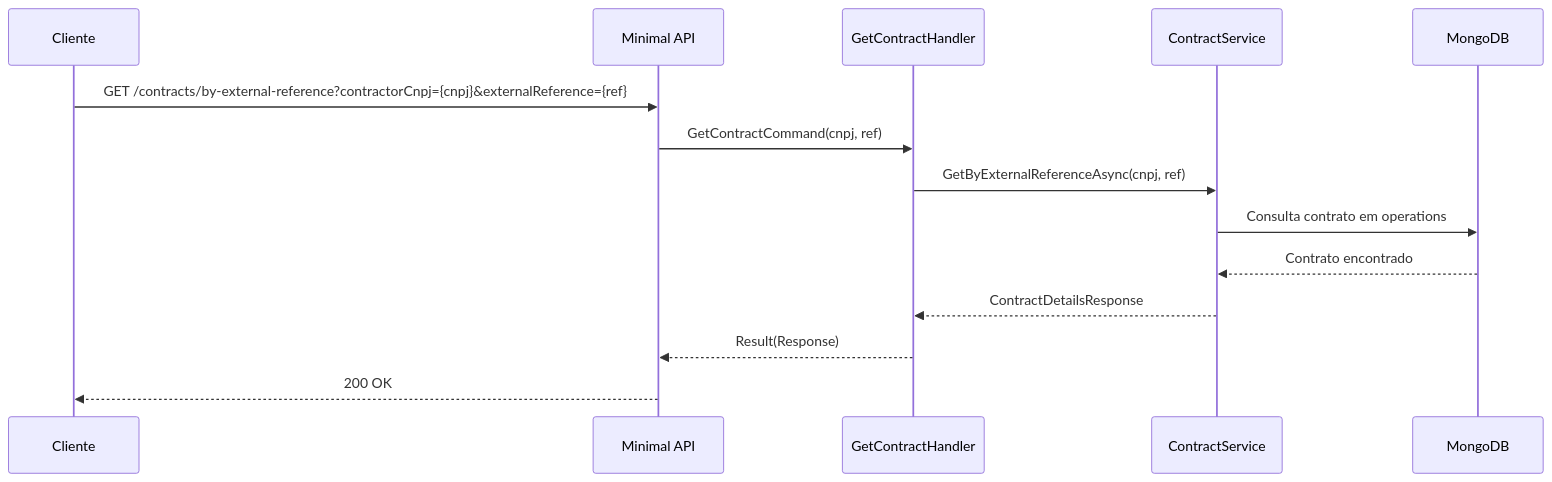
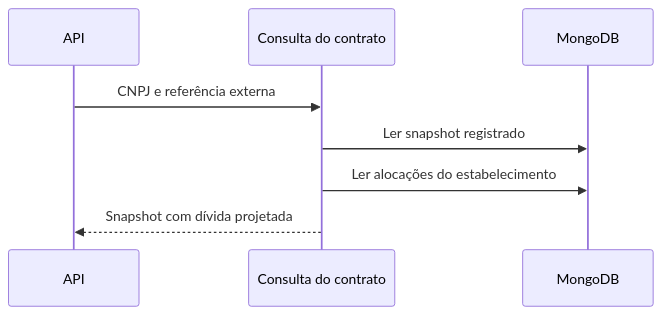
The second of 2 diagrams in docs/handlers/GetContractHandler.md (Marcus-V-Freitas/MVFC.Veragi.Simulator), drawn with Mermaid before and after one commit. The commit also changed other lines of this file and 18 other files, not shown here.

````diff
--- a/docs/handlers/GetContractHandler.md
+++ b/docs/handlers/GetContractHandler.md
@@ -51,16 +73,10 @@
 ```mermaid
 sequenceDiagram
-    participant C as Cliente
-    participant A as Minimal API
-    participant H as GetContractHandler
-    participant S as ContractService
+    participant A as API
+    participant S as Consulta do contrato
     participant M as MongoDB
-    C->>A: GET /contracts/by-external-reference?contractorCnpj={cnpj}&externalReference={ref}
-    A->>H: GetContractCommand(cnpj, ref)
-    H->>S: GetByExternalReferenceAsync(cnpj, ref)
-    S->>M: Consulta contrato em operations
-    M-->>S: Contrato encontrado
-    S-->>H: ContractDetailsResponse
-    H-->>A: Result(Response)
-    A-->>C: 200 OK
+    A->>S: CNPJ e referência externa
+    S->>M: Ler snapshot registrado
+    S->>M: Ler alocações do estabelecimento
+    S-->>A: Snapshot com dívida projetada
 ```
````
